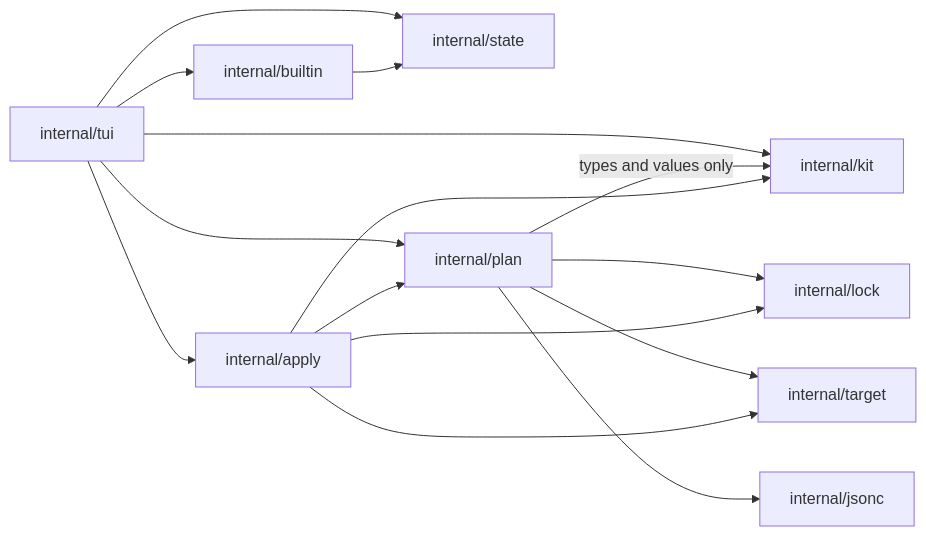
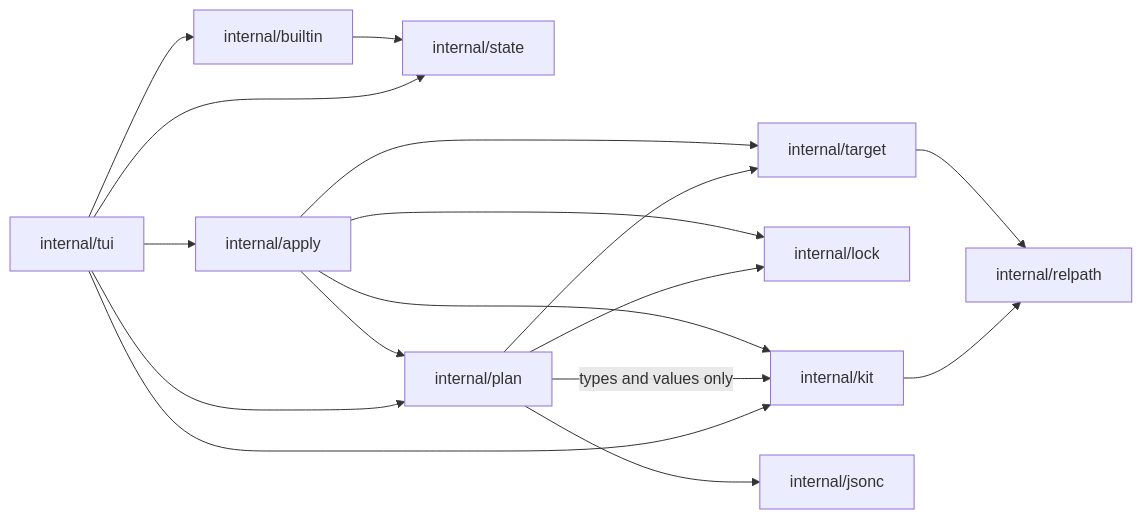
The diagram in docs/architecture.md (dpleshakov/penates), drawn with Mermaid before and after one commit. The commit also changed other lines of this file and 5 other files, not shown here.

Commit message:
Unify the relative-path validity rule in internal/relpath

````diff
--- a/docs/architecture.md
+++ b/docs/architecture.md
@@ -86,17 +87,19 @@
 ```mermaid
 flowchart LR
     TUI["internal/tui"] --> KIT["internal/kit"]
     TUI --> ST["internal/state"]
     TUI --> PL["internal/plan"]
     TUI --> AP["internal/apply"]
     TUI --> BI["internal/builtin"]
     BI["internal/builtin"] --> ST
     PL -- types and values only --> KIT
     PL --> LK["internal/lock"]
     PL --> TG["internal/target"]
     PL --> JC["internal/jsonc"]
     AP --> PL
     AP --> LK
     AP --> TG
     AP --> KIT
+    KIT --> RP["internal/relpath"]
+    TG --> RP
 ```
````
